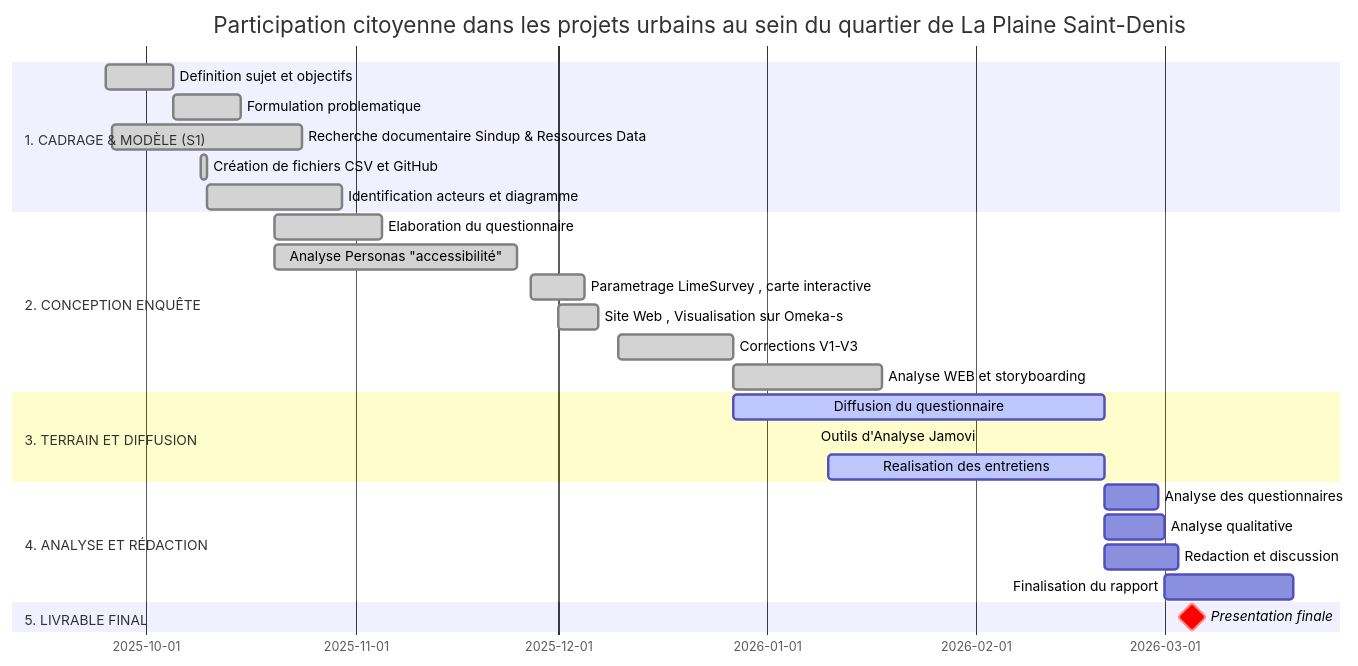
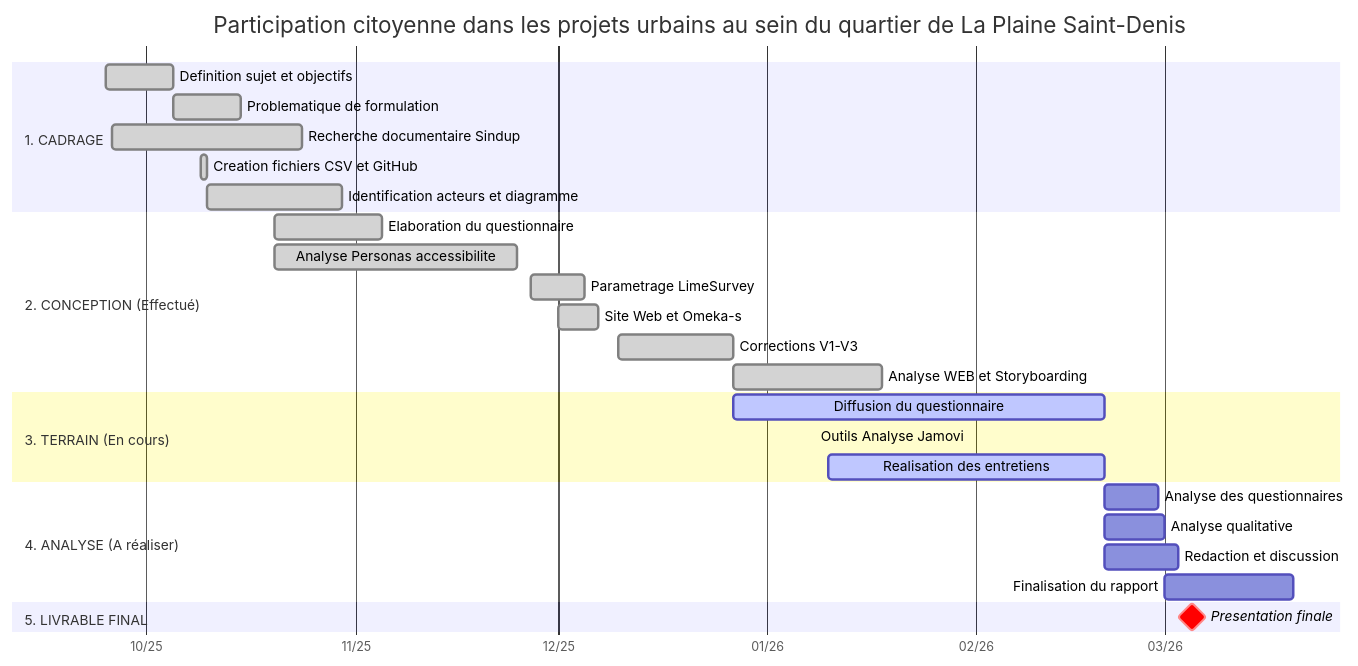
The diagram in etatAvancement.md (kahiarchi/LeBatiment_PlaineSaintDenis), drawn with Mermaid before and after one commit.

````diff
--- a/etatAvancement.md
+++ b/etatAvancement.md
@@ -1,34 +1,35 @@
 ```mermaid
 gantt
-    
     title Participation citoyenne dans les projets urbains au sein du quartier de La Plaine Saint-Denis
     dateFormat  YYYY-MM-DD
-    section 1. CADRAGE & MODÈLE (S1)
-    Definition sujet et objectifs                    :done, t1, 2025-09-25, 2025-10-05
-    Formulation problematique                        :done, t2, 2025-10-05, 2025-10-15
-    Recherche documentaire Sindup & Ressources Data  :done, t3, 2025-09-26, 2025-10-24
-    Création de fichiers CSV et GitHub               :done, t4, 2025-10-09, 2025-10-10
-    Identification acteurs et diagramme              :done, t5, 2025-10-10, 2025-10-30
+    axisFormat  %m/%y
+    
+    section 1. CADRAGE 
+    Definition sujet et objectifs           :done, t1, 2025-09-25, 2025-10-05
+    Problematique de formulation            :done, t2, 2025-10-05, 2025-10-15
+    Recherche documentaire Sindup           :done, t3, 2025-09-26, 2025-10-24
+    Creation fichiers CSV et GitHub         :done, t4, 2025-10-09, 2025-10-10
+    Identification acteurs et diagramme     :done, t5, 2025-10-10, 2025-10-30
 
-    section 2. CONCEPTION ENQUÊTE
-    Elaboration du questionnaire                     :done, t6, 2025-10-20, 2025-11-05
-    Analyse Personas "accessibilité"                 :done, t7, 2025-10-20, 2025-11-25
-    Parametrage LimeSurvey , carte interactive       :done, t8, 2025-11-27, 2025-12-05
-    Site Web , Visualisation sur Omeka-s             :done, t9, 2025-12-01, 2025-12-07
-    Corrections V1-V3                                :done, t10, 2025-12-10, 2025-12-27
-    Analyse WEB et storyboarding                     :done, t11, 2025-12-27, 2026-01-18
+    section 2. CONCEPTION (Effectué)
+    Elaboration du questionnaire            :done, t6, 2025-10-20, 2025-11-05
+    Analyse Personas accessibilite          :done, t7, 2025-10-20, 2025-11-25
+    Parametrage LimeSurvey                  :done, t8, 2025-11-27, 2025-12-05
+    Site Web et Omeka-s                     :done, t9, 2025-12-01, 2025-12-07
+    Corrections V1-V3                       :done, t10, 2025-12-10, 2025-12-27
+    Analyse WEB et Storyboarding            :done, t11, 2025-12-27, 2026-01-18
 
-    section 3. TERRAIN ET DIFFUSION
-    Diffusion du questionnaire                       :active, t12, 2025-12-27, 2026-02-20
-    Outils d'Analyse Jamovi                          :done, t13, 2026-01-08, 0d
-    Realisation des entretiens                       :active, t14, 2026-01-10, 2026-02-20
+    section 3. TERRAIN (En cours)
+    Diffusion du questionnaire              :active, t12, 2025-12-27, 2026-02-20
+    Outils Analyse Jamovi                   :done, t13, 2026-01-08, 0d
+    Realisation des entretiens              :active, t14, 2026-01-10, 2026-02-20
 
-    section 4. ANALYSE ET RÉDACTION
-    Analyse des questionnaires       :t15, 2026-02-20, 2026-02-28
-    Analyse qualitative              :t16, 2026-02-20, 2026-03-01
-    Redaction et discussion          :t17, 2026-02-20, 2026-03-03
-    Finalisation du rapport          :t18, 2026-03-01, 2026-03-20
+    section 4. ANALYSE (A réaliser)
+    Analyse des questionnaires              :t15, 2026-02-20, 2026-02-28
+    Analyse qualitative                     :t16, 2026-02-20, 2026-03-01
+    Redaction et discussion                 :t17, 2026-02-20, 2026-03-03
+    Finalisation du rapport                 :t18, 2026-03-01, 2026-03-20
 
     section 5. LIVRABLE FINAL
-    Presentation finale              :crit, milestone, 2026-03-05, 0d
+    Presentation finale                     :crit, milestone, 2026-03-05, 0d
 ```
````
